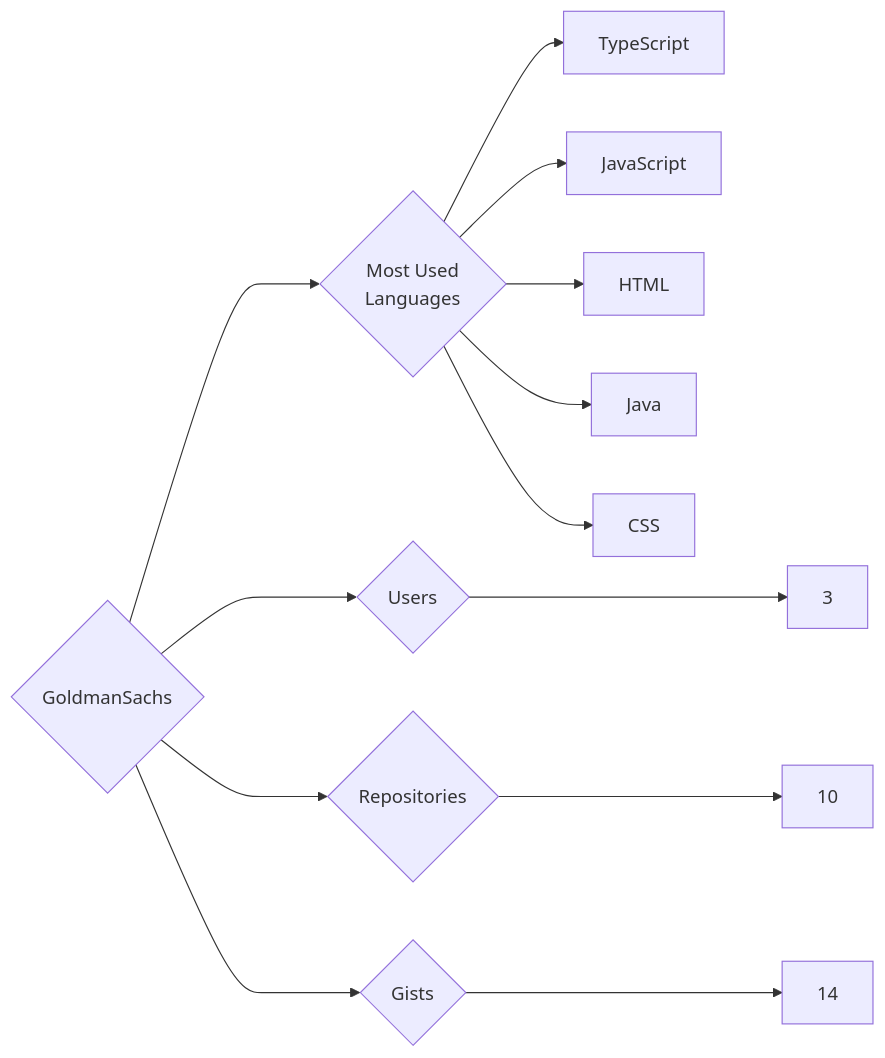
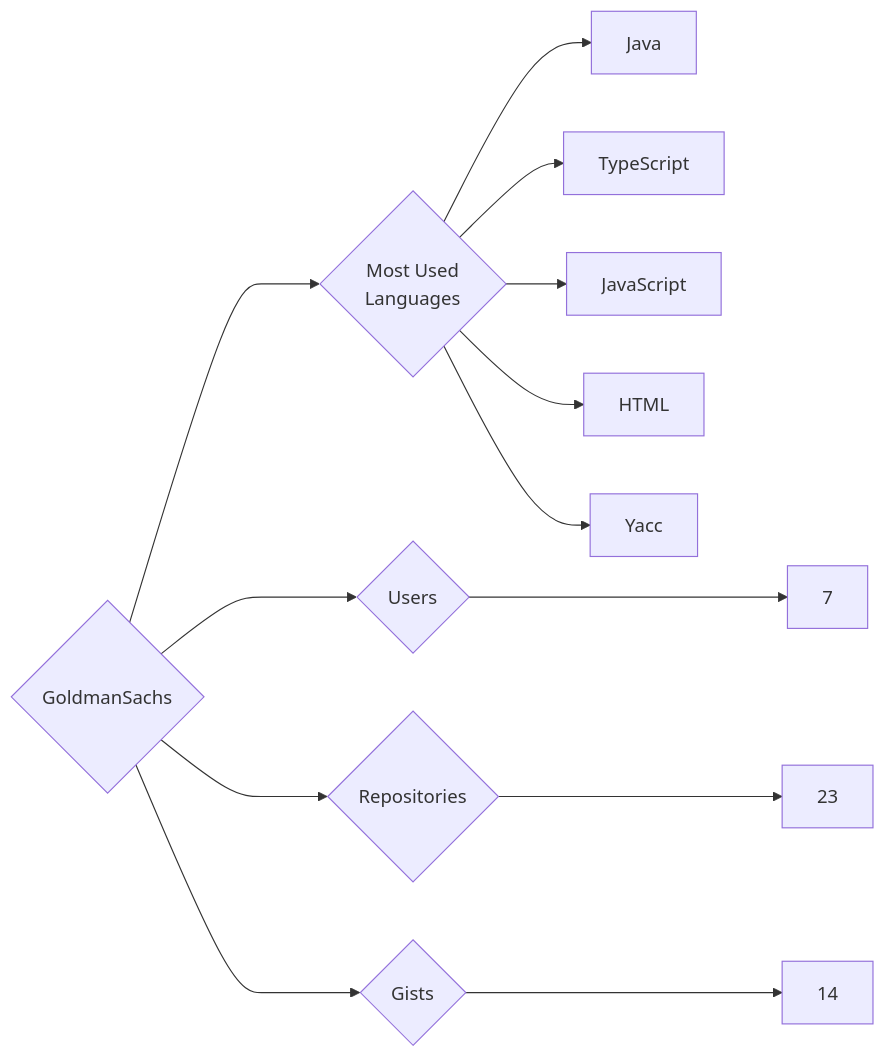
One commit to trickest/insiders changed the diagram in targets/GoldmanSachs/README.md. Above: the diagram before and after it, drawn with Mermaid. The commit also changed 938 other files, not shown here.

````diff
--- a/targets/GoldmanSachs/README.md
+++ b/targets/GoldmanSachs/README.md
@@ -3,13 +3,13 @@
 ```mermaid
 graph LR
 COMPANY_NAME{GoldmanSachs}
-COMPANY_NAME ---> U{Users} ---> UN[3]
-COMPANY_NAME ---> R{Repositories} ---> RN[10]
+COMPANY_NAME ---> U{Users} ---> UN[7]
+COMPANY_NAME ---> R{Repositories} ---> RN[23]
 COMPANY_NAME ---> G{Gists} ---> GN[14]
 COMPANY_NAME ---> ML{Most Used<br>Languages}
+ML --> Java[Java]
 ML --> TypeScript[TypeScript]
 ML --> JavaScript[JavaScript]
 ML --> HTML[HTML]
-ML --> Java[Java]
-ML --> CSS[CSS]
+ML --> Yacc[Yacc]
 ```
````
